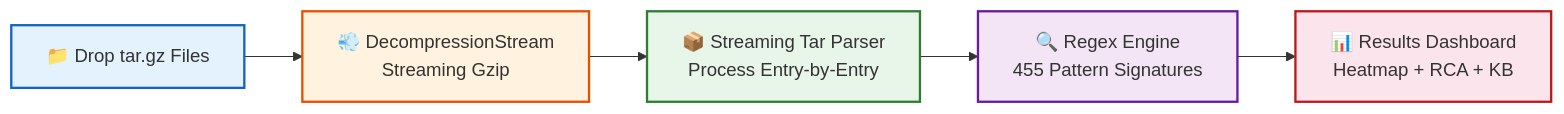
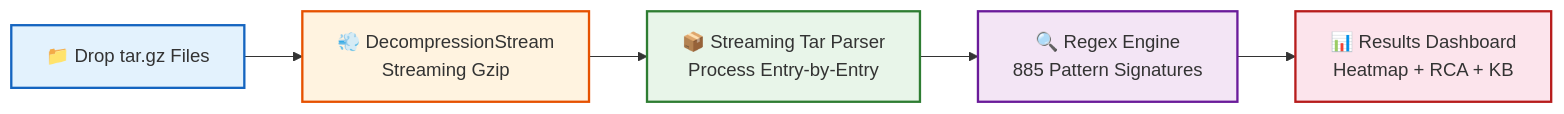
The second of 17 diagrams in README.md (yadakrishna245/Log_analysis), drawn with Mermaid before and after one commit. The commit also changed other lines of this file, not shown here.

````diff
--- a/README.md
+++ b/README.md
@@ -201,13 +201,13 @@
 ```mermaid
 flowchart LR
     A[📁 Drop tar.gz Files] --> B[💨 DecompressionStream<br/>Streaming Gzip]
     B --> C[📦 Streaming Tar Parser<br/>Process Entry-by-Entry]
-    C --> D[🔍 Regex Engine<br/>455 Pattern Signatures]
+    C --> D[🔍 Regex Engine<br/>885 Pattern Signatures]
     D --> E[📊 Results Dashboard<br/>Heatmap + RCA + KB]
 
     style A fill:#e3f2fd,stroke:#1565c0,stroke-width:2px
     style B fill:#fff3e0,stroke:#e65100,stroke-width:2px
     style C fill:#e8f5e9,stroke:#2e7d32,stroke-width:2px
     style D fill:#f3e5f5,stroke:#6a1b9a,stroke-width:2px
     style E fill:#fce4ec,stroke:#b71c1c,stroke-width:2px
 ```
````
